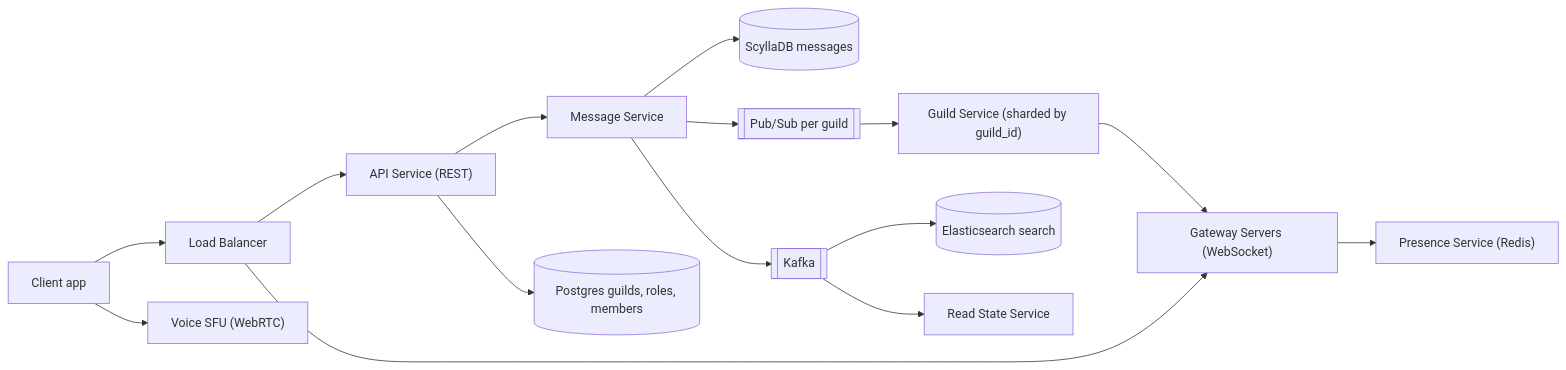
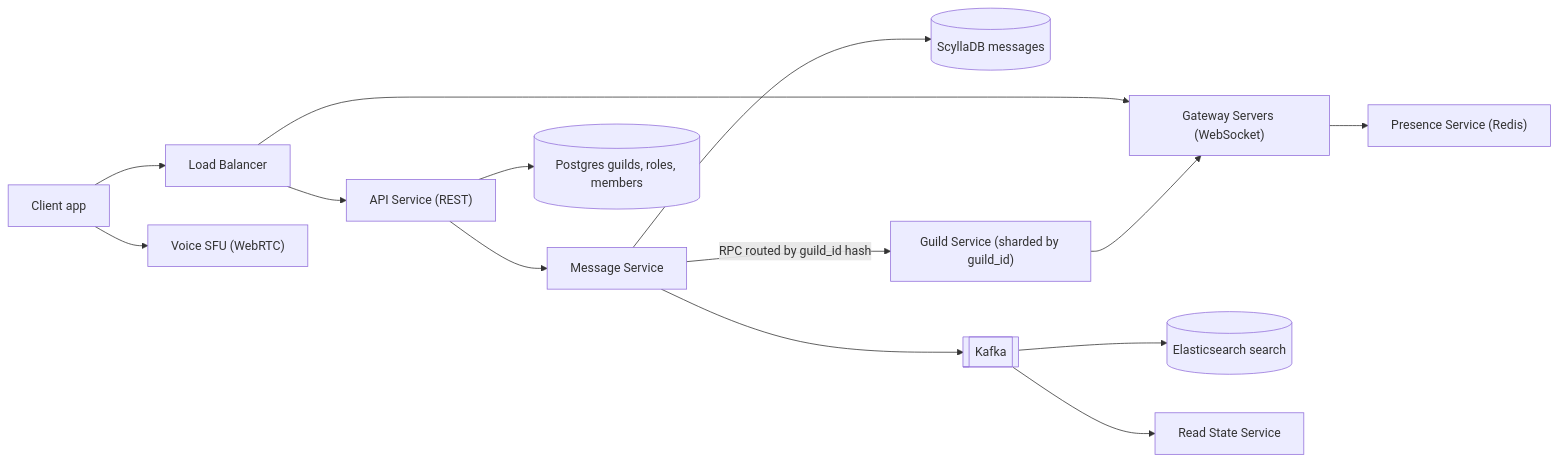
Before and after one commit to flow6979/system-design-prep: the first of 3 diagrams in content-en/02-questions/t2-25-discord.md, drawn with Mermaid. The commit also changed other lines of this file and 61 other files, not shown here.

````diff
--- a/content-en/02-questions/t2-25-discord.md
+++ b/content-en/02-questions/t2-25-discord.md
@@ -84,17 +88,16 @@
 ```mermaid
 flowchart LR
   C["Client app"] --> LB["Load Balancer"]
   LB --> API["API Service (REST)"]
   LB --> GW["Gateway Servers (WebSocket)"]
   API --> MS["Message Service"]
   MS --> DB[("ScyllaDB messages")]
-  MS --> PS[["Pub/Sub per guild"]]
-  PS --> GS["Guild Service (sharded by guild_id)"]
+  MS -- "RPC routed by guild_id hash" --> GS["Guild Service (sharded by guild_id)"]
   GS --> GW
   API --> PG[("Postgres guilds, roles, members")]
   GW --> PR["Presence Service (Redis)"]
   MS --> K[["Kafka"]]
   K --> ES[("Elasticsearch search")]
   K --> RS["Read State Service"]
   C --> SFU["Voice SFU (WebRTC)"]
 ```
````
